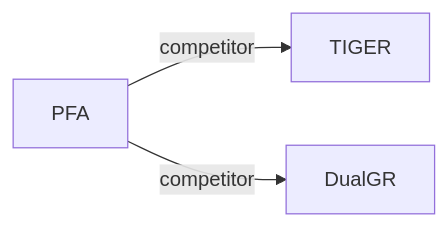
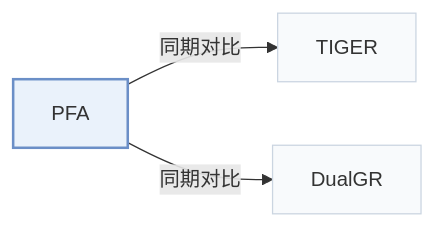
The second of 2 diagrams in pages/zh/papers/pfa.md (Galaxy-ghost/Awesome-SID-Generative-Rec), drawn with Mermaid before and after one commit. The commit also changed other lines of this file and 649 other files, not shown here.

Commit message:
writer-05: also tags and modality index (schema, check, build, visuals); summary field removed; calibration data for 12 papers

````diff
--- a/pages/zh/papers/pfa.md
+++ b/pages/zh/papers/pfa.md
@@ -66,6 +70,10 @@
 ```mermaid
 flowchart LR
     P["PFA"]
-    P -->|competitor| A["TIGER"]
-    P -->|competitor| B["DualGR"]
+    P -->|"同期对比"| A["TIGER"]
+    P -->|"同期对比"| B["DualGR"]
+    classDef main fill:#eaf2fb,stroke:#6b8fc7,stroke-width:2px
+    classDef peer fill:#f8fafc,stroke:#cbd5e1
+    class P main
+    class A,B peer
 ```
````
